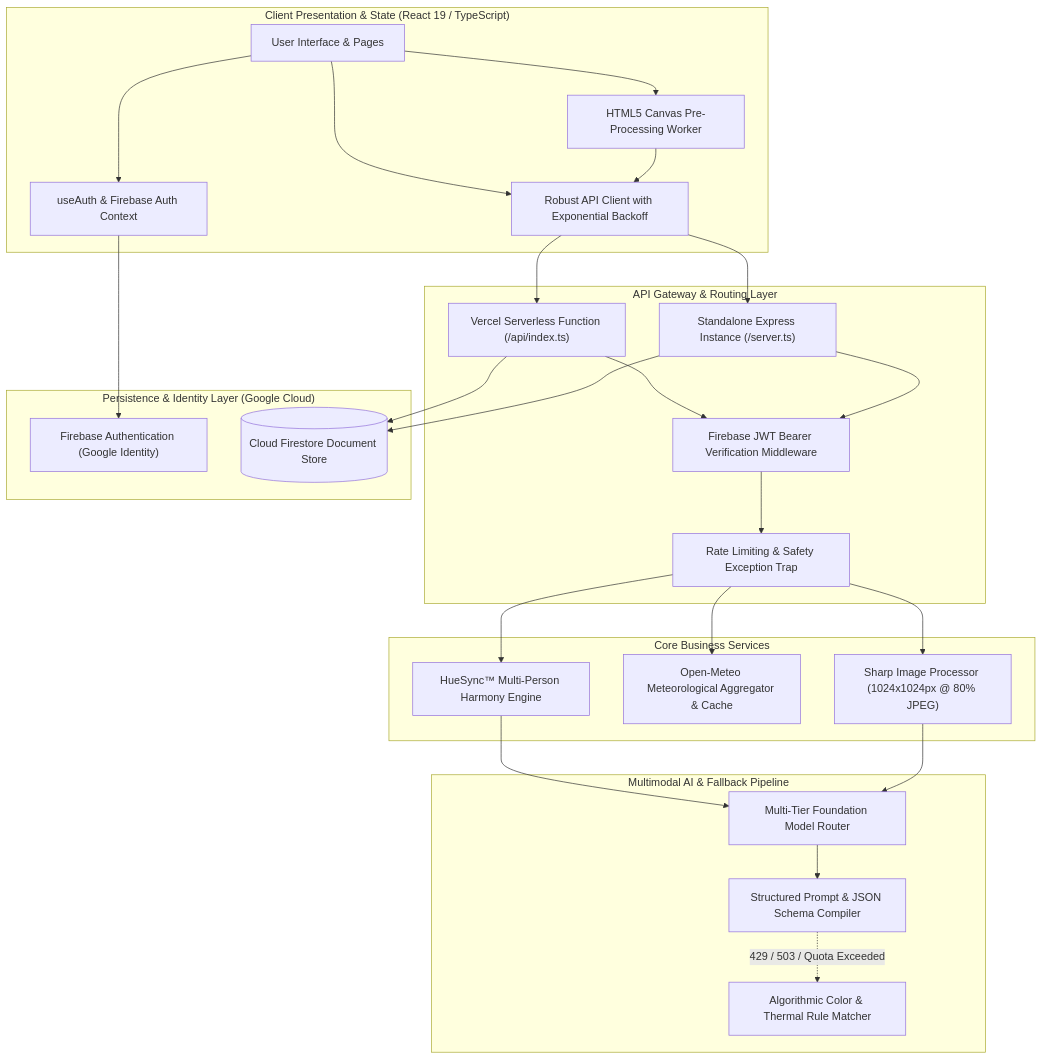
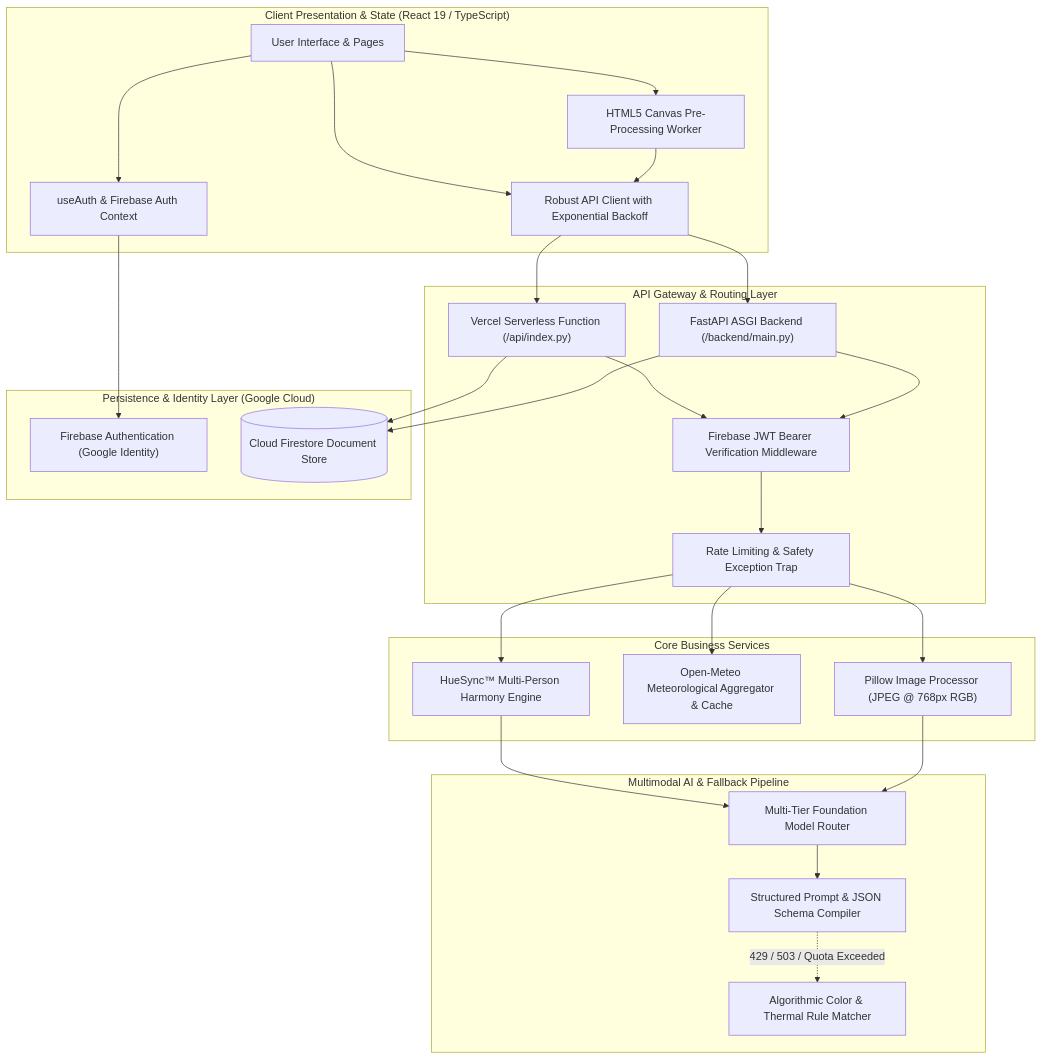
The first of 5 diagrams in ARCHITECTURE.md (MOHITH001-HASH/Vastrakalp---Personal-Weather-Based-Clothing-Recommendation-System), drawn with Mermaid before and after one commit. The commit also changed other lines of this file and 46 other files, not shown here.

First line of the commit message:
refactor: migrate to pure Python FastAPI backend

````diff
--- a/ARCHITECTURE.md
+++ b/ARCHITECTURE.md
@@ -11,57 +11,57 @@
 ```mermaid
 flowchart TB
     subgraph ClientLayer ["Client Presentation & State (React 19 / TypeScript)"]
         UI[User Interface & Pages]
         AuthContext[useAuth & Firebase Auth Context]
         ApiClient[Robust API Client with Exponential Backoff]
         CanvasProc[HTML5 Canvas Pre-Processing Worker]
     end
 
     subgraph EdgeGateway ["API Gateway & Routing Layer"]
-        VercelServerless["Vercel Serverless Function (/api/index.ts)"]
-        ExpressLocal["Standalone Express Instance (/server.ts)"]
+        VercelServerless["Vercel Serverless Function (/api/index.py)"]
+        FastAPIApp["FastAPI ASGI Backend (/backend/main.py)"]
         AuthMiddleware["Firebase JWT Bearer Verification Middleware"]
         RateLimiter["Rate Limiting & Safety Exception Trap"]
     end
 
     subgraph ServiceLayer ["Core Business Services"]
-        SharpEngine["Sharp Image Processor (1024x1024px @ 80% JPEG)"]
+        PillowEngine["Pillow Image Processor (JPEG @ 768px RGB)"]
         WeatherAggregator["Open-Meteo Meteorological Aggregator & Cache"]
         HueSyncService["HueSync™ Multi-Person Harmony Engine"]
     end
 
     subgraph AIEngine ["Multimodal AI & Fallback Pipeline"]
         ModelRouter["Multi-Tier Foundation Model Router"]
         PromptCompiler["Structured Prompt & JSON Schema Compiler"]
         DeterministicFallback["Algorithmic Color & Thermal Rule Matcher"]
     end
 
     subgraph PersistenceLayer ["Persistence & Identity Layer (Google Cloud)"]
         FirebaseAuth["Firebase Authentication (Google Identity)"]
         FirestoreDB[("Cloud Firestore Document Store")]
     end
 
     UI --> AuthContext
     UI --> ApiClient
     UI --> CanvasProc
     CanvasProc --> ApiClient
 
     ApiClient --> VercelServerless
-    ApiClient --> ExpressLocal
+    ApiClient --> FastAPIApp
     VercelServerless --> AuthMiddleware
-    ExpressLocal --> AuthMiddleware
+    FastAPIApp --> AuthMiddleware
     AuthMiddleware --> RateLimiter
 
-    RateLimiter --> SharpEngine
+    RateLimiter --> PillowEngine
     RateLimiter --> WeatherAggregator
     RateLimiter --> HueSyncService
 
     HueSyncService --> ModelRouter
-    SharpEngine --> ModelRouter
+    PillowEngine --> ModelRouter
     ModelRouter --> PromptCompiler
     PromptCompiler -.->|429 / 503 / Quota Exceeded| DeterministicFallback
 
     AuthContext --> FirebaseAuth
     VercelServerless --> FirestoreDB
-    ExpressLocal --> FirestoreDB
+    FastAPIApp --> FirestoreDB
 ```
````
